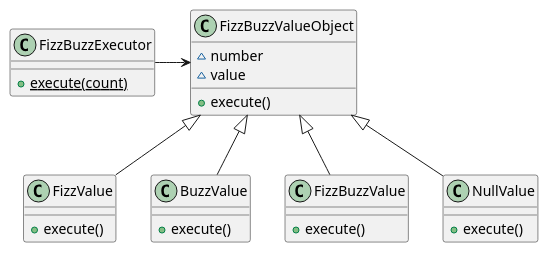
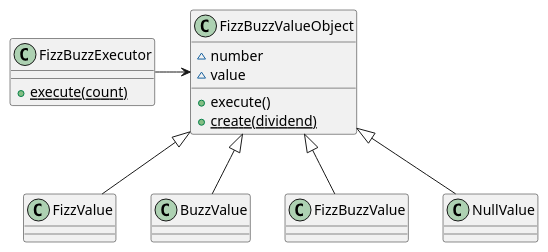
The first of 2 diagrams in docs/dev/_fizz_buzz.md (k2works/etude_for_ruby), drawn with PlantUML before and after one commit. The commit also changed other lines of this file and 9 other files, not shown here.

````diff
--- a/docs/dev/_fizz_buzz.md
+++ b/docs/dev/_fizz_buzz.md
@@ -44,29 +45,27 @@
 ```puml
 @startuml
 class FizzBuzzExecutor {
   +{static}execute(count)  
 }
 class FizzBuzzValueObject {
   ~number
   ~value
   +execute()
+  +{static}create(dividend)  
 }
 class FizzValue {
-  +execute()
 }
 class BuzzValue {
-  +execute()
 }
 class FizzBuzzValue {
-  +execute()
 }
 class NullValue {
-  +execute()
 }
+
 FizzBuzzExecutor -> FizzBuzzValueObject
 FizzBuzzValueObject <|-- FizzValue
 FizzBuzzValueObject <|-- BuzzValue
 FizzBuzzValueObject <|-- FizzBuzzValue
 FizzBuzzValueObject <|-- NullValue
 @enduml
 ```
````
